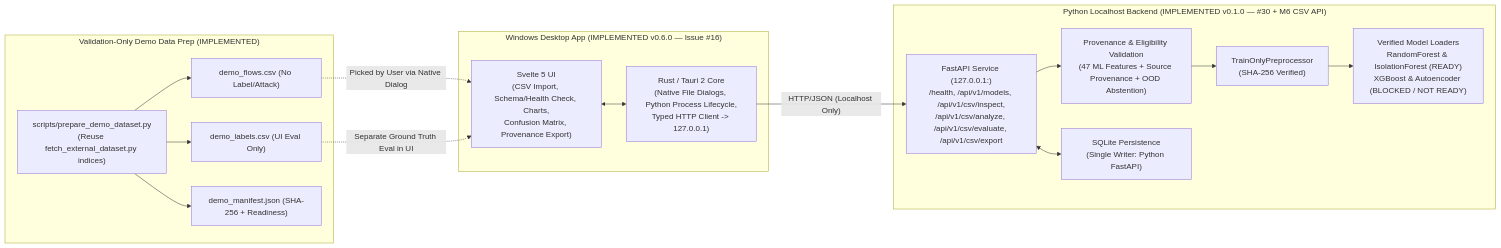
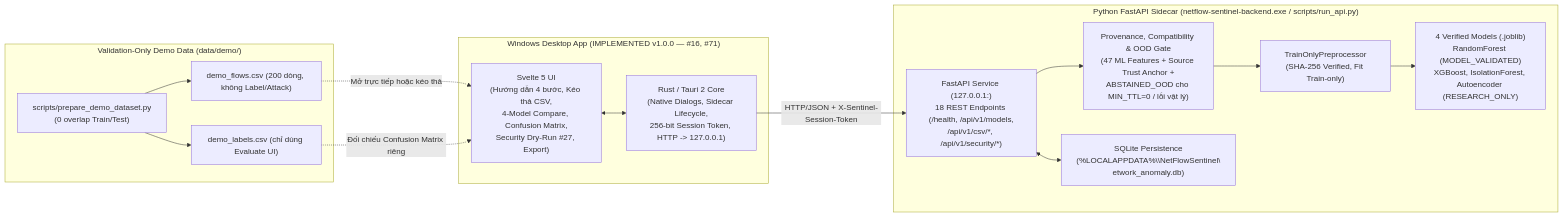
Before and after one commit to doctor-cato/AI-NETWORK-ANOMALY-DETECTION-TRACEABILITY-MAIN: the diagram in docs/ARCHITECTURE.md, drawn with Mermaid. The commit also changed other lines of this file and 25 other files, not shown here.

````diff
--- a/docs/ARCHITECTURE.md
+++ b/docs/ARCHITECTURE.md
@@ -5,32 +7,30 @@
 ```mermaid
 flowchart LR
-    subgraph Desktop["Windows Desktop App (IMPLEMENTED v0.6.0 — Issue #16)"]
-        UI["Svelte 5 UI<br/>(CSV Import, Schema/Health Check, Charts,<br/>Confusion Matrix, Provenance Export)"]
-        TAURI["Rust / Tauri 2 Core<br/>(Native File Dialogs, Python Process Lifecycle,<br/>Typed HTTP Client -> 127.0.0.1)"]
+    subgraph Desktop["Windows Desktop App (IMPLEMENTED v1.0.0 — #16, #71)"]
+        UI["Svelte 5 UI<br/>(Hướng dẫn 4 bước, Kéo thả CSV,<br/>4-Model Compare, Confusion Matrix,<br/>Security Dry-Run #27, Export)"]
+        TAURI["Rust / Tauri 2 Core<br/>(Native Dialogs, Sidecar Lifecycle,<br/>256-bit Session Token, HTTP -> 127.0.0.1)"]
         UI <--> TAURI
     end
 
-    subgraph Backend["Python Localhost Backend (IMPLEMENTED v0.1.0 — #30 + M6 CSV API)"]
-        API["FastAPI Service (127.0.0.1:<port>)<br/>/health, /api/v1/models, /api/v1/csv/inspect,<br/>/api/v1/csv/analyze, /api/v1/csv/evaluate, /api/v1/csv/export"]
-        GATE["Provenance & Eligibility Validation<br/>(47 ML Features + Source Provenance + OOD Abstention)"]
-        PRE["TrainOnlyPreprocessor<br/>(SHA-256 Verified)"]
-        MODELS["Verified Model Loaders<br/>RandomForest & IsolationForest (READY)<br/>XGBoost & Autoencoder (BLOCKED / NOT READY)"]
-        SQLITE["SQLite Persistence<br/>(Single Writer: Python FastAPI)"]
+    subgraph Sidecar["Python FastAPI Sidecar (netflow-sentinel-backend.exe / scripts/run_api.py)"]
+        API["FastAPI Service (127.0.0.1:<port>)<br/>18 REST Endpoints (/health, /api/v1/models,<br/>/api/v1/csv/*, /api/v1/security/*)"]
+        GATE["Provenance, Compatibility & OOD Gate<br/>(47 ML Features + Source Trust Anchor +<br/>ABSTAINED_OOD cho MIN_TTL=0 / lỗi vật lý)"]
+        PRE["TrainOnlyPreprocessor<br/>(SHA-256 Verified, Fit Train-only)"]
+        MODELS["4 Verified Models (.joblib)<br/>RandomForest (MODEL_VALIDATED)<br/>XGBoost, IsolationForest, Autoencoder (RESEARCH_ONLY)"]
+        SQLITE["SQLite Persistence<br/>(%LOCALAPPDATA%\\NetFlowSentinel\\network_anomaly.db)"]
         API --> GATE --> PRE --> MODELS
         API <--> SQLITE
     end
 
-    subgraph DemoPrep["Validation-Only Demo Data Prep (IMPLEMENTED)"]
-        PREP["scripts/prepare_demo_dataset.py<br/>(Reuse fetch_external_dataset.py indices)"]
-        FLOWS["demo_flows.csv (No Label/Attack)"]
-        LABELS["demo_labels.csv (UI Eval Only)"]
-        MAN["demo_manifest.json (SHA-256 + Readiness)"]
+    subgraph DemoPrep["Validation-Only Demo Data (data/demo/)"]
+        PREP["scripts/prepare_demo_dataset.py<br/>(0 overlap Train/Test)"]
+        FLOWS["demo_flows.csv (200 dòng, không Label/Attack)"]
+        LABELS["demo_labels.csv (chỉ dùng Evaluate UI)"]
         PREP --> FLOWS
         PREP --> LABELS
-        PREP --> MAN
     end
 
-    TAURI -- "HTTP/JSON (Localhost Only)" --> API
-    FLOWS -. "Picked by User via Native Dialog" .-> UI
-    LABELS -. "Separate Ground Truth Eval in UI" .-> UI
+    TAURI -- "HTTP/JSON + X-Sentinel-Session-Token" --> API
+    FLOWS -. "Mở trực tiếp hoặc kéo thả" .-> UI
+    LABELS -. "Đối chiếu Confusion Matrix riêng" .-> UI
 ```
````
